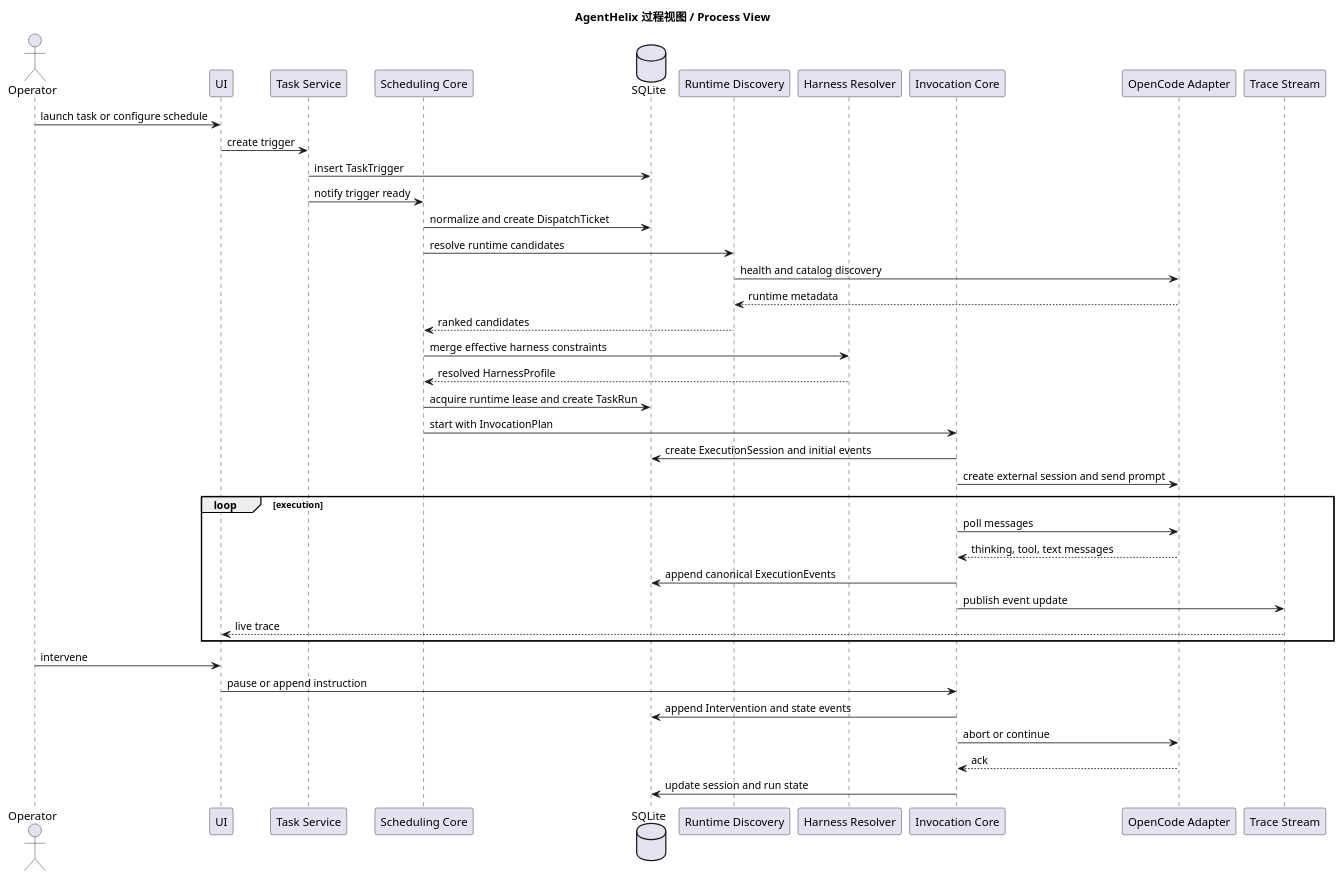
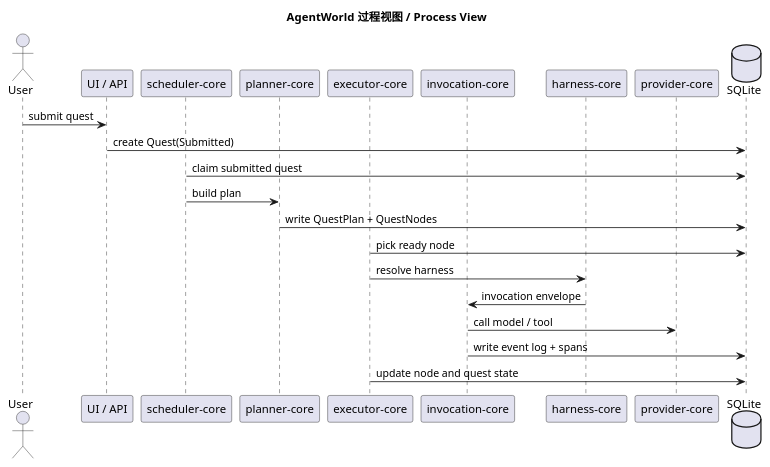
Before and after one commit to SimonMing47/agent-world: the second of 7 diagrams in docs/detailed-design.zh-CN.md, drawn with PlantUML. The commit also changed other lines of this file and 3 other files, not shown here.

````diff
--- a/docs/detailed-design.zh-CN.md
+++ b/docs/detailed-design.zh-CN.md
@@ -1143,46 +945,28 @@
 ```plantuml
 @startuml
-title AgentHelix 过程视图 / Process View
+title AgentWorld 过程视图 / Process View
 
-actor Operator
-participant "UI" as UI
-participant "Task Service" as TaskService
-participant "Scheduling Core" as Scheduler
+actor User
+participant "UI / API" as API
+participant "scheduler-core" as Scheduler
+participant "planner-core" as Planner
+participant "executor-core" as Executor
+participant "invocation-core" as Invocation
+participant "harness-core" as Harness
+participant "provider-core" as Provider
 database "SQLite" as DB
-participant "Runtime Discovery" as Discovery
-participant "Harness Resolver" as Harness
-participant "Invocation Core" as Invocation
-participant "OpenCode Adapter" as Adapter
-participant "Trace Stream" as Stream
 
-Operator -> UI : launch task or configure schedule
-UI -> TaskService : create trigger
-TaskService -> DB : insert TaskTrigger
-TaskService -> Scheduler : notify trigger ready
-Scheduler -> DB : normalize and create DispatchTicket
-Scheduler -> Discovery : resolve runtime candidates
-Discovery -> Adapter : health and catalog discovery
-Adapter --> Discovery : runtime metadata
-Discovery --> Scheduler : ranked candidates
-Scheduler -> Harness : merge effective harness constraints
-Harness --> Scheduler : resolved HarnessProfile
-Scheduler -> DB : acquire runtime lease and create TaskRun
-Scheduler -> Invocation : start with InvocationPlan
-Invocation -> DB : create ExecutionSession and initial events
-Invocation -> Adapter : create external session and send prompt
-loop execution
-  Invocation -> Adapter : poll messages
-  Adapter --> Invocation : thinking, tool, text messages
-  Invocation -> DB : append canonical ExecutionEvents
-  Invocation -> Stream : publish event update
-  Stream --> UI : live trace
-end
-Operator -> UI : intervene
-UI -> Invocation : pause or append instruction
-Invocation -> DB : append Intervention and state events
-Invocation -> Adapter : abort or continue
-Adapter --> Invocation : ack
-Invocation -> DB : update session and run state
+User -> API : submit quest
+API -> DB : create Quest(Submitted)
+Scheduler -> DB : claim submitted quest
+Scheduler -> Planner : build plan
+Planner -> DB : write QuestPlan + QuestNodes
+Executor -> DB : pick ready node
+Executor -> Harness : resolve harness
+Harness -> Invocation : invocation envelope
+Invocation -> Provider : call model / tool
+Invocation -> DB : write event log + spans
+Executor -> DB : update node and quest state
 
 @enduml
 ```
````
